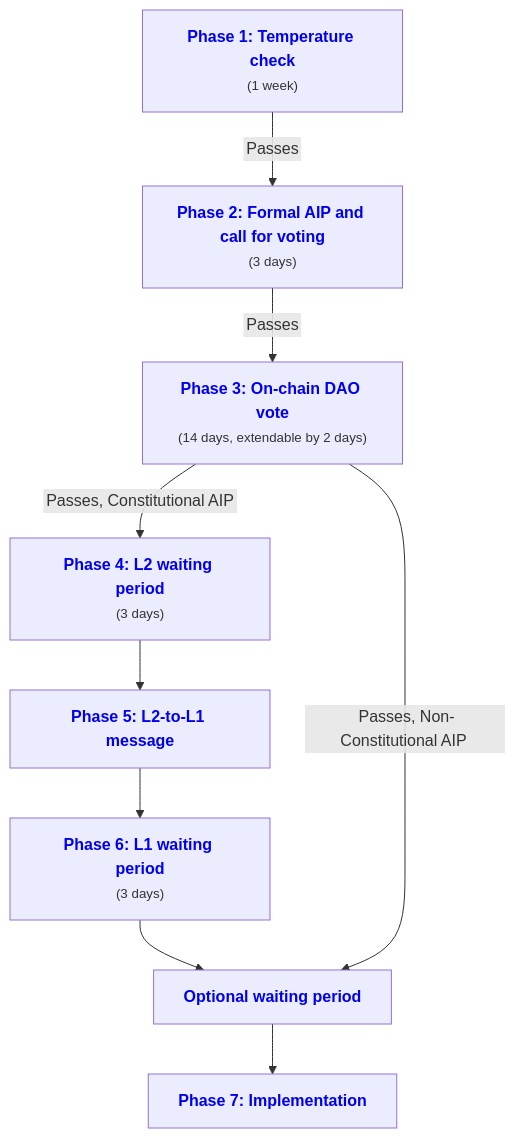
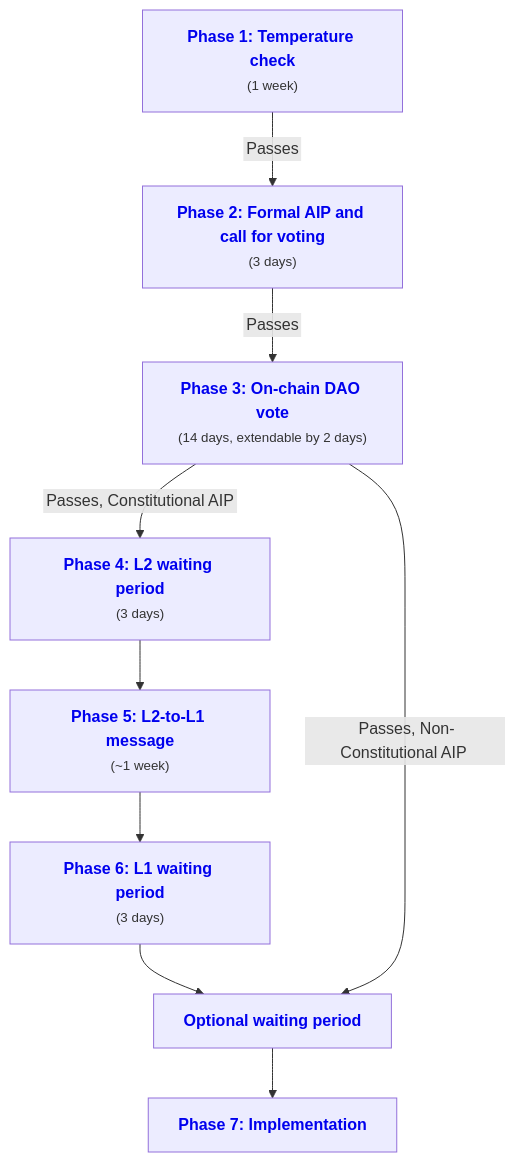
One commit to ArbitrumFoundation/docs changed the diagram in docs/concepts/lifecycle-anatomy-aip-proposal.md. Above: the diagram before and after it, drawn with Mermaid. The commit also changed other lines of this file, not shown here.

````diff
--- a/docs/concepts/lifecycle-anatomy-aip-proposal.md
+++ b/docs/concepts/lifecycle-anatomy-aip-proposal.md
@@ -47,12 +47,12 @@
 ```mermaid
 graph TD;
   B["<a href='#phase-1-temperature-check-optional-but-recommended' style='text-decoration:none;'><b>Phase 1: Temperature check</b></a><br/><span style='font-size:smaller'>(1 week)</span>"];
   B -->|"<span style='padding: 3px;'>Passes</span>"| C["<a href='#phase-2-formal-aip-and-call-for-voting' style='text-decoration:none;'><b>Phase 2: Formal AIP and call for voting</b></a><br/><span style='font-size:smaller'>(3 days)</span>"];
   C -->|"<span style='padding: 3px;'>Passes</span>"| D["<a href='#phase-3-on-chain-dao-vote' style='text-decoration:none;'><b>Phase 3: On-chain DAO vote</b></a><br/><span style='font-size:smaller'>(14 days, extendable by 2 days)</span>"];
   D -->|"<span style='padding: 3px;'>Passes, Constitutional AIP</span>"| E["<a href='#phase-4-l2-waiting-period' style='text-decoration:none;'><b>Phase 4: L2 waiting period</b></a><br/><span style='font-size:smaller'>(3 days)</span>"];
-  E --> F["<a href='#phase-5-l2-to-l1-message' style='text-decoration:none;'><b>Phase 5: L2-to-L1 message</b></a>"];
+  E --> F["<a href='#phase-5-l2-to-l1-message' style='text-decoration:none;'><b>Phase 5: L2-to-L1 message</b></a><br/><span style='font-size:smaller'>(~1 week)</span>"];
   F --> G["<a href='#phase-6-l1-waiting-period' style='text-decoration:none;'><b>Phase 6: L1 waiting period</b></a><br/><span style='font-size:smaller'>(3 days)</span>"];
   G --> H["<a href='#additional-waiting-periods-optional' style='text-decoration:none;'><b>Optional waiting period</b></a>"];
   D -->|"<span style='padding: 3px;'>Passes, Non-Constitutional AIP</span>"| H["<a href='#additional-waiting-periods-optional' style='text-decoration:none;'><b>Optional waiting period</b></a>"];
   H --> I["<a href='#phase-7-implementation' style='text-decoration:none;'><b>Phase 7: Implementation</b></a>"];
 ```
````
